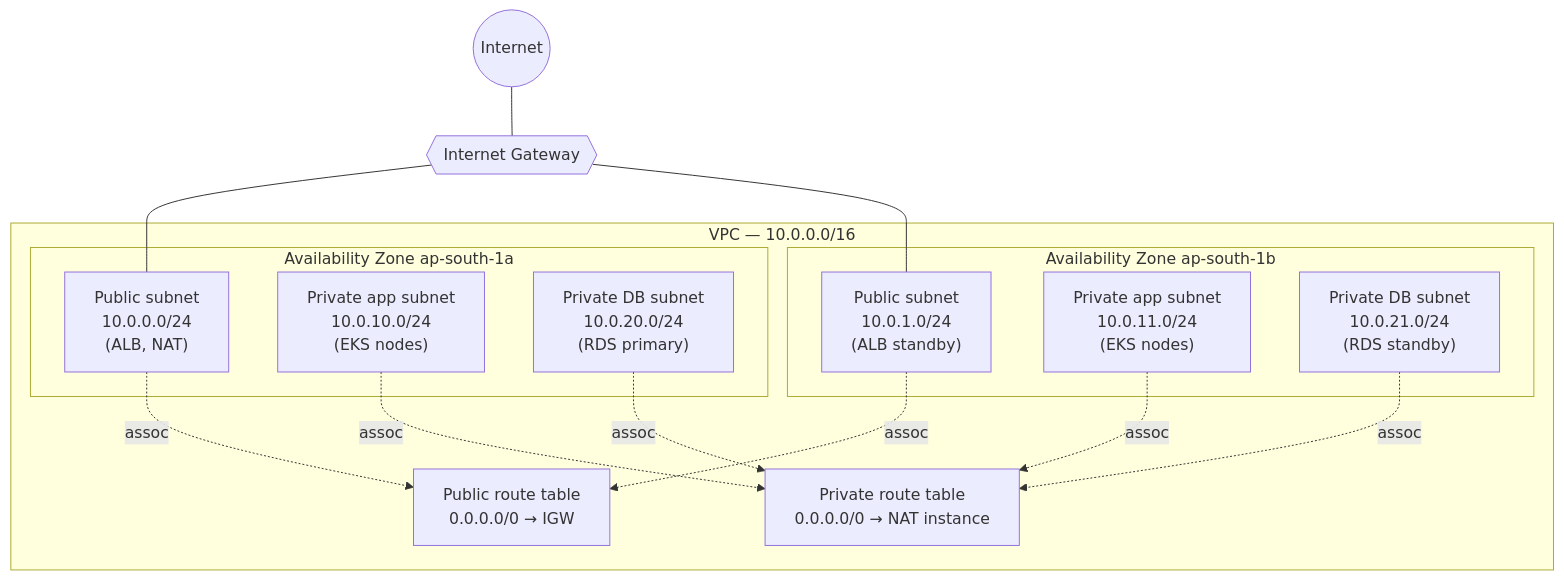
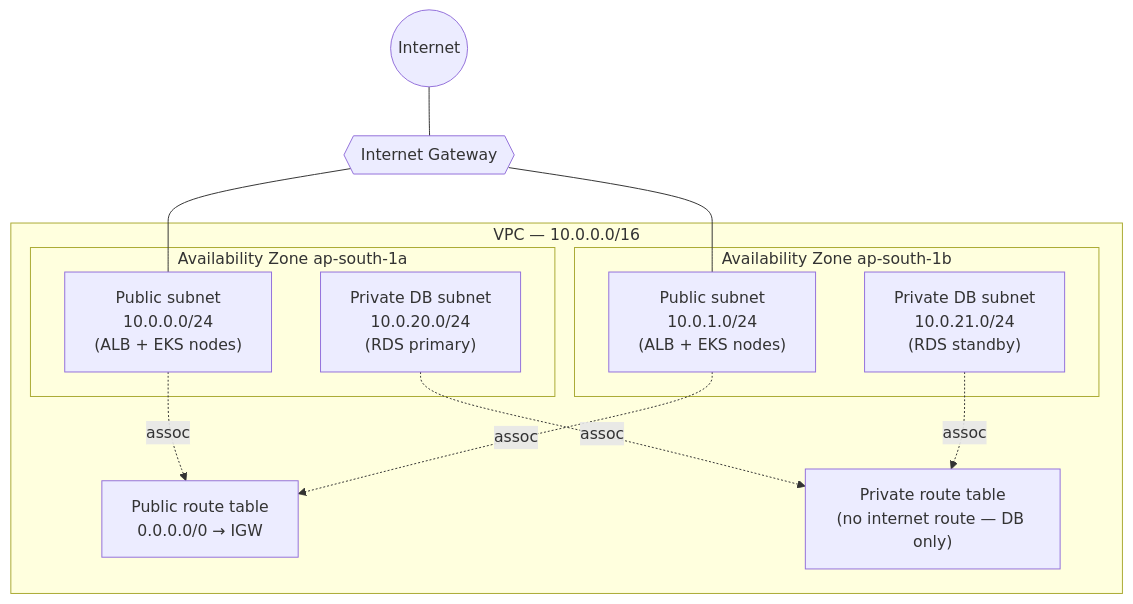
One commit to chala2001/cloud-care-k8s changed the third of 7 diagrams in README.md. Above: the diagram before and after it, drawn with Mermaid. The commit also changed other lines of this file and 33 other files, not shown here.

````diff
--- a/README.md
+++ b/README.md
@@ -353,33 +303,26 @@
 ```mermaid
 flowchart TB
     Internet((Internet))
     IGW{{Internet Gateway}}
 
     subgraph VPC["VPC — 10.0.0.0/16"]
 
         subgraph AZa["Availability Zone ap-south-1a"]
-            PubA["Public subnet\n10.0.0.0/24\n(ALB, NAT)"]
-            AppA["Private app subnet\n10.0.10.0/24\n(EKS nodes)"]
+            PubA["Public subnet\n10.0.0.0/24\n(ALB + EKS nodes)"]
             DbA["Private DB subnet\n10.0.20.0/24\n(RDS primary)"]
         end
 
         subgraph AZb["Availability Zone ap-south-1b"]
-            PubB["Public subnet\n10.0.1.0/24\n(ALB standby)"]
-            AppB["Private app subnet\n10.0.11.0/24\n(EKS nodes)"]
+            PubB["Public subnet\n10.0.1.0/24\n(ALB + EKS nodes)"]
             DbB["Private DB subnet\n10.0.21.0/24\n(RDS standby)"]
         end
 
         RTpub["Public route table\n0.0.0.0/0 → IGW"]
-        RTpriv["Private route table\n0.0.0.0/0 → NAT instance"]
+        RTpriv["Private route table\n(no internet route — DB only)"]
     end
 
     Internet --- IGW
-    IGW --- PubA
-    IGW --- PubB
-    PubA -.assoc.-> RTpub
-    PubB -.assoc.-> RTpub
-    AppA -.assoc.-> RTpriv
-    AppB -.assoc.-> RTpriv
-    DbA  -.assoc.-> RTpriv
-    DbB  -.assoc.-> RTpriv
+    IGW --- PubA & PubB
+    PubA & PubB -.assoc.-> RTpub
+    DbA & DbB  -.assoc.-> RTpriv
 ```
````
